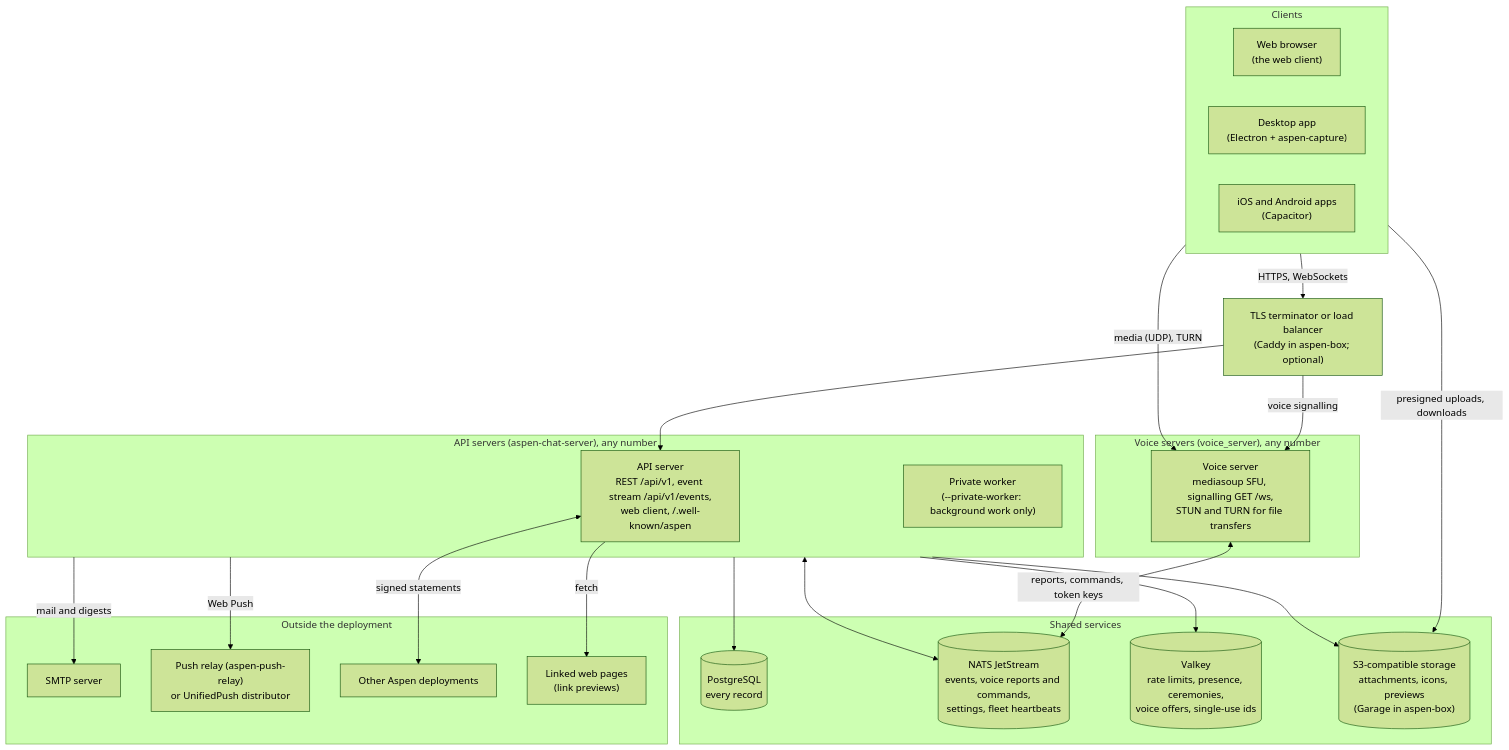
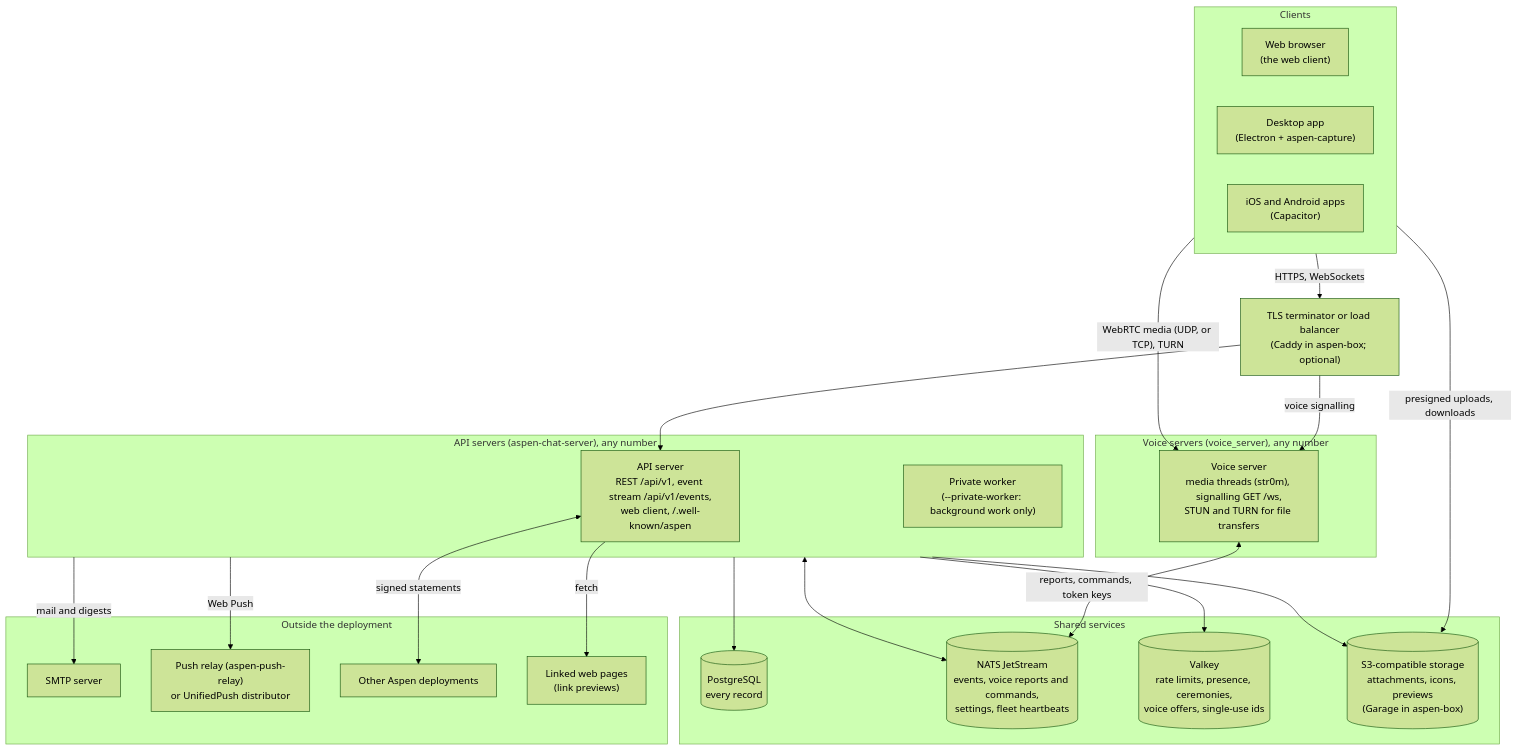
Before and after one commit to aspen-chat/aspen-chat-server: the first of 3 diagrams in docs/diagrams/deployment.md, drawn with Mermaid (forest theme). The commit also changed other lines of this file and 51 other files, not shown here.

First line of the commit message:
Describe the str0m voice path everywhere, and build the servers without mediasoup's tools

````diff
--- a/docs/diagrams/deployment.md
+++ b/docs/diagrams/deployment.md
@@ -10,48 +10,48 @@
 ```mermaid
 flowchart TB
     subgraph clients["Clients"]
         browser["Web browser<br/>(the web client)"]
         desktop["Desktop app<br/>(Electron + aspen-capture)"]
         phone["iOS and Android apps<br/>(Capacitor)"]
     end
 
     proxy["TLS terminator or load balancer<br/>(Caddy in aspen-box; optional)"]
 
     subgraph api_tier["API servers (aspen-chat-server), any number"]
         api["API server<br/>REST /api/v1, event stream /api/v1/events,<br/>web client, /.well-known/aspen"]
         worker["Private worker<br/>(--private-worker: background work only)"]
     end
 
     subgraph voice_tier["Voice servers (voice_server), any number"]
-        voice["Voice server<br/>mediasoup SFU, signalling GET /ws,<br/>STUN and TURN for file transfers"]
+        voice["Voice server<br/>media threads (str0m), signalling GET /ws,<br/>STUN and TURN for file transfers"]
     end
 
     subgraph shared["Shared services"]
         pg[("PostgreSQL<br/>every record")]
         nats[("NATS JetStream<br/>events, voice reports and commands,<br/>settings, fleet heartbeats")]
         valkey[("Valkey<br/>rate limits, presence, ceremonies,<br/>voice offers, single-use ids")]
         s3[("S3-compatible storage<br/>attachments, icons, previews<br/>(Garage in aspen-box)")]
     end
 
     subgraph outside["Outside the deployment"]
         smtp["SMTP server"]
         relay["Push relay (aspen-push-relay)<br/>or UnifiedPush distributor"]
         others["Other Aspen deployments"]
         web["Linked web pages<br/>(link previews)"]
     end
 
     clients -- "HTTPS, WebSockets" --> proxy
     proxy --> api
     proxy -- "voice signalling" --> voice
-    clients -- "media (UDP), TURN" --> voice
+    clients -- "WebRTC media (UDP, or TCP), TURN" --> voice
     clients -- "presigned uploads, downloads" --> s3
 
     api_tier --> pg & valkey & s3
     api_tier <--> nats
     voice <-- "reports, commands, token keys" --> nats
 
     api_tier -- "mail and digests" --> smtp
     api_tier -- "Web Push" --> relay
     api <-- "signed statements" --> others
     api -- "fetch" --> web
 ```
````
